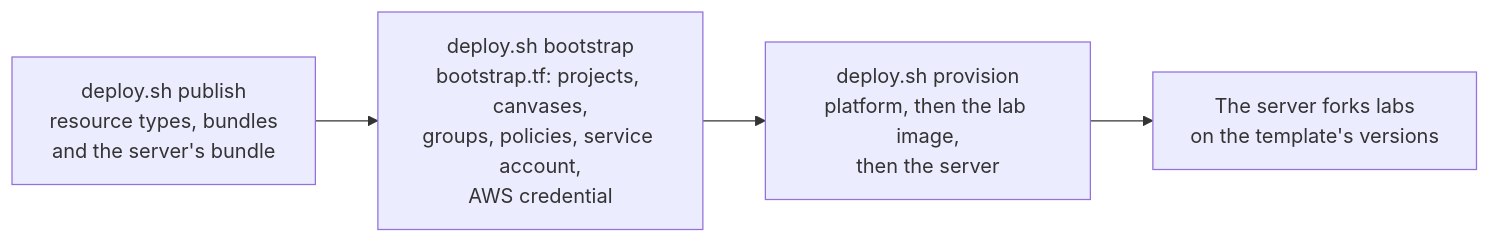
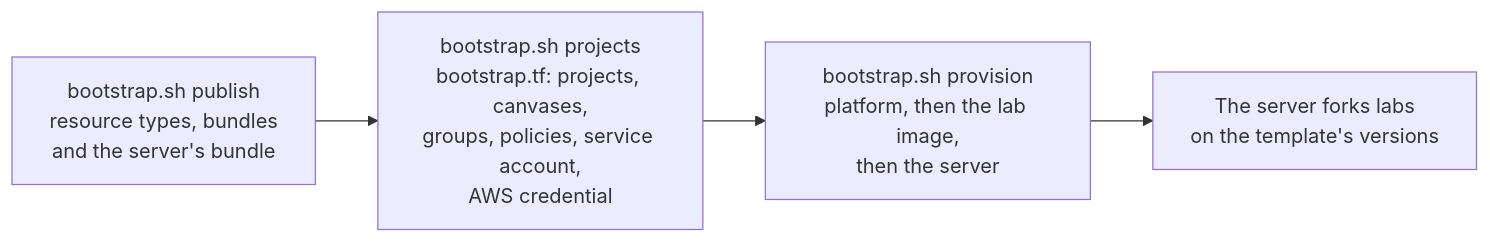
Before and after one commit to massdriver-catalogs/aws: the seventh of 9 diagrams in examples/gamelab/README.md, drawn with Mermaid. The commit also changed other lines of this file and 21 other files, not shown here.

First line of the commit message:
Rename the examples' deploy.sh to bootstrap.sh, so it doesn't read as how Massdriver deploys

````diff
--- a/examples/gamelab/README.md
+++ b/examples/gamelab/README.md
@@ -244,8 +244,8 @@
 ```mermaid
 flowchart LR
-  publish["deploy.sh publish<br>resource types, bundles<br>and the server's bundle"]
-  bootstrap["deploy.sh bootstrap<br>bootstrap.tf: projects, canvases,<br>groups, policies, service account,<br>AWS credential"]
-  provision["deploy.sh provision<br>platform, then the lab image,<br>then the server"]
+  publish["bootstrap.sh publish<br>resource types, bundles<br>and the server's bundle"]
+  projects["bootstrap.sh projects<br>bootstrap.tf: projects, canvases,<br>groups, policies, service account,<br>AWS credential"]
+  provision["bootstrap.sh provision<br>platform, then the lab image,<br>then the server"]
   forks["The server forks labs<br>on the template's versions"]
-  publish --> bootstrap --> provision --> forks
+  publish --> projects --> provision --> forks
 ```
````
